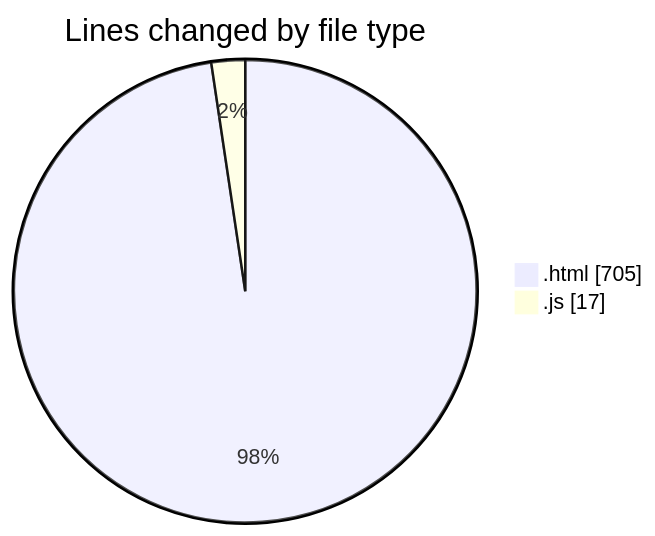
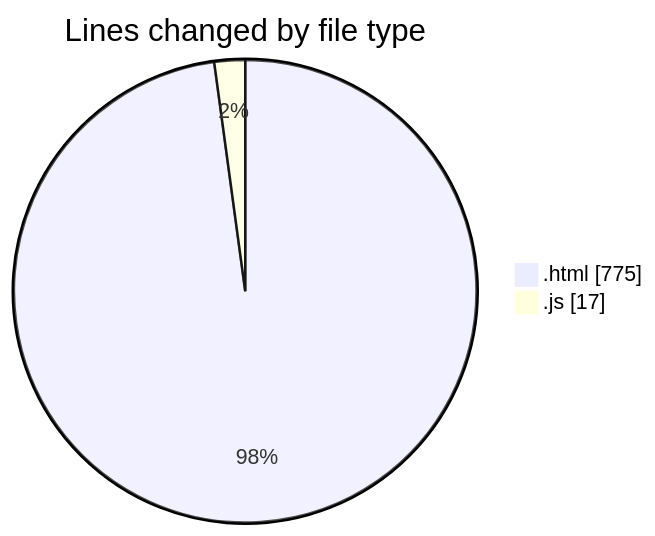
One commit to IJAZ3593/code-tracking changed the first of 2 diagrams in 2025-09-13/new_folder/README.md. Above: the diagram before and after it, drawn with Mermaid. The commit also changed other lines of this file and 1 other file, not shown here.

````diff
--- a/2025-09-13/new_folder/README.md
+++ b/2025-09-13/new_folder/README.md
@@ -26,6 +26,6 @@
 ```mermaid
 pie showData
 title Lines changed by file type
-".html" : 705
+".html" : 775
 ".js" : 17
 ```
````
